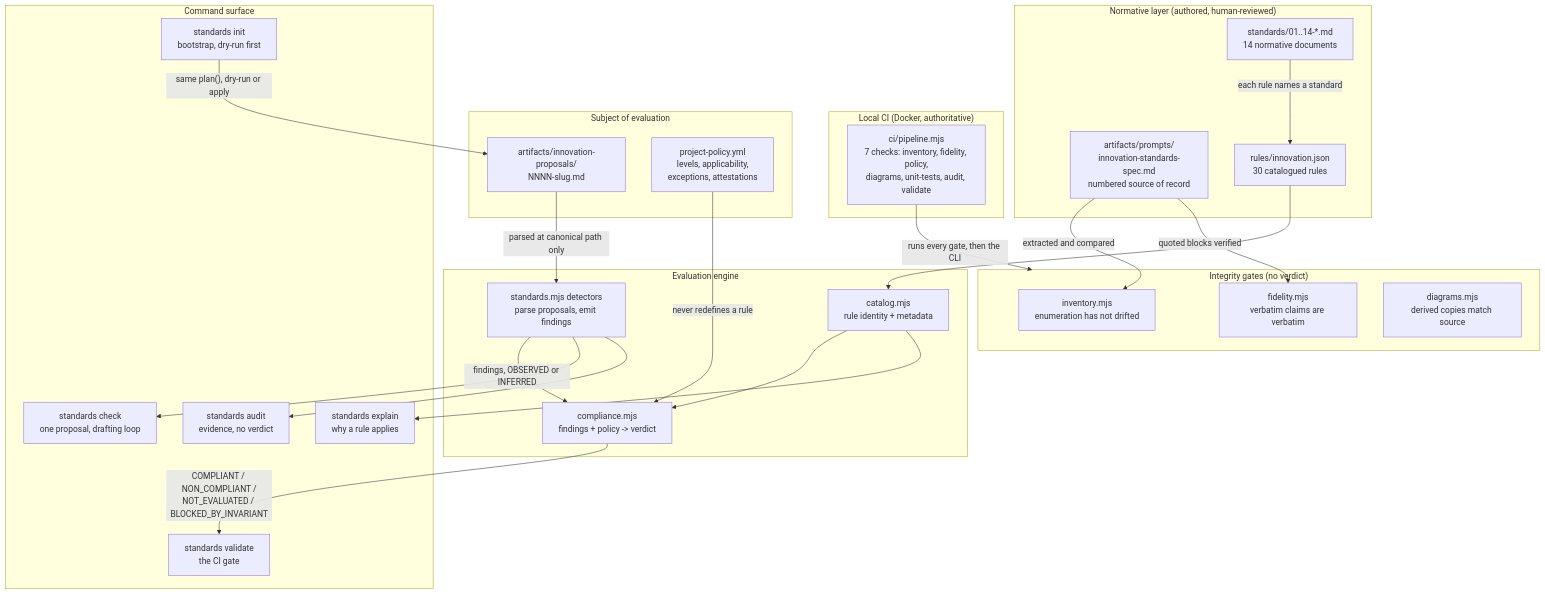
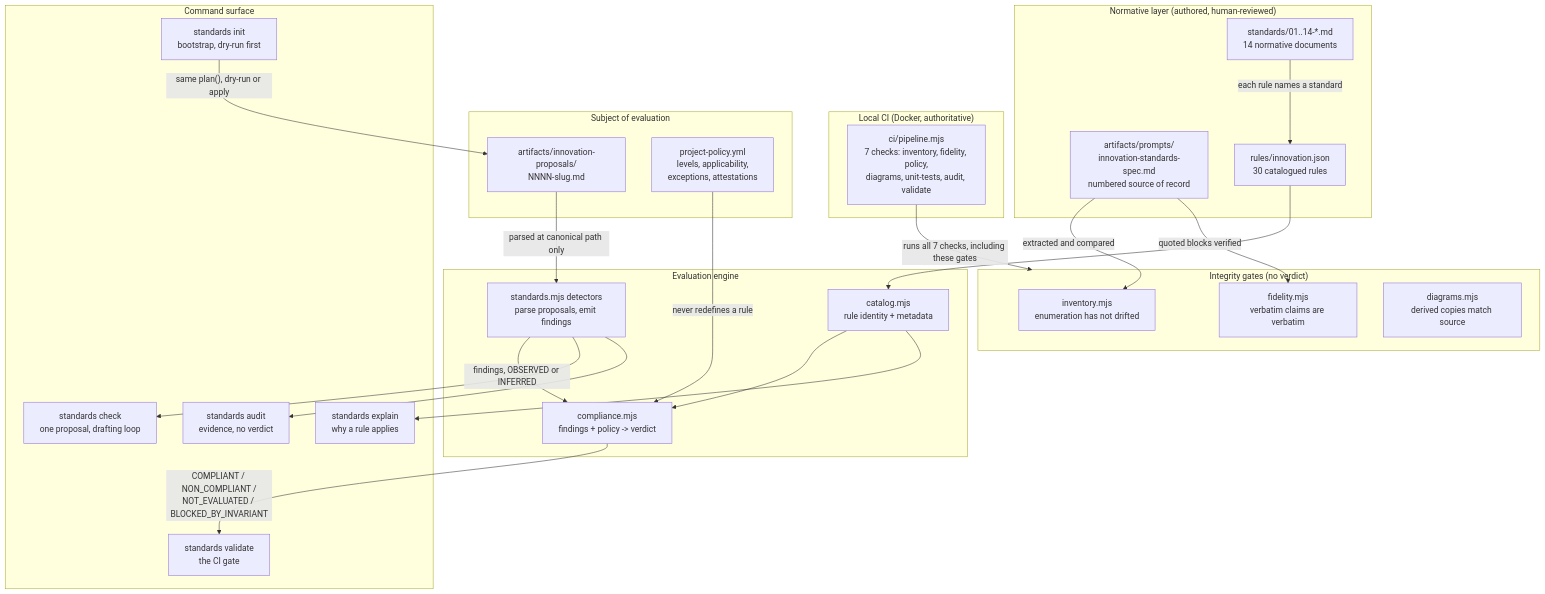
One commit to mikeycdavis/InnovationStandards changed the diagram in docs/architecture.mmd. Above: the diagram before and after it, drawn with Mermaid. The commit also changed 1 other file, not shown here.

```diff
--- a/docs/architecture.mmd
+++ b/docs/architecture.mmd
@@ -1,50 +1,50 @@
 flowchart TB
     subgraph authored["Normative layer (authored, human-reviewed)"]
         spec["artifacts/prompts/<br/>innovation-standards-spec.md<br/>numbered source of record"]
         docs14["standards/01..14-*.md<br/>14 normative documents"]
         rules["rules/innovation.json<br/>30 catalogued rules"]
     end
 
     subgraph gates["Integrity gates (no verdict)"]
         inventory["inventory.mjs<br/>enumeration has not drifted"]
         fidelity["fidelity.mjs<br/>verbatim claims are verbatim"]
         diagrams["diagrams.mjs<br/>derived copies match source"]
     end
 
     subgraph localci["Local CI (Docker, authoritative)"]
         pipeline["ci/pipeline.mjs<br/>7 checks: inventory, fidelity, policy,<br/>diagrams, unit-tests, audit, validate"]
     end
 
     subgraph subject["Subject of evaluation"]
         proposals["artifacts/innovation-proposals/<br/>NNNN-slug.md"]
         policy["project-policy.yml<br/>levels, applicability,<br/>exceptions, attestations"]
     end
 
     subgraph engine["Evaluation engine"]
         catalog["catalog.mjs<br/>rule identity + metadata"]
         detectors["standards.mjs detectors<br/>parse proposals, emit findings"]
         compliance["compliance.mjs<br/>findings + policy -> verdict"]
     end
 
     subgraph surface["Command surface"]
         check["standards check<br/>one proposal, drafting loop"]
         explain["standards explain<br/>why a rule applies"]
         audit["standards audit<br/>evidence, no verdict"]
         validate["standards validate<br/>the CI gate"]
         init["standards init<br/>bootstrap, dry-run first"]
     end
 
-    pipeline -->|"runs every gate, then the CLI"| gates
+    pipeline -->|"runs all 7 checks, including these gates"| gates
     spec -->|"extracted and compared"| inventory
     spec -->|"quoted blocks verified"| fidelity
     docs14 -->|"each rule names a standard"| rules
     rules --> catalog
     proposals -->|"parsed at canonical path only"| detectors
     catalog --> compliance
     detectors -->|"findings, OBSERVED or INFERRED"| compliance
     policy -->|"never redefines a rule"| compliance
     compliance -->|"COMPLIANT / NON_COMPLIANT /<br/>NOT_EVALUATED / BLOCKED_BY_INVARIANT"| validate
     detectors --> check
     catalog --> explain
     detectors --> audit
     init -->|"same plan(), dry-run or apply"| proposals
```
